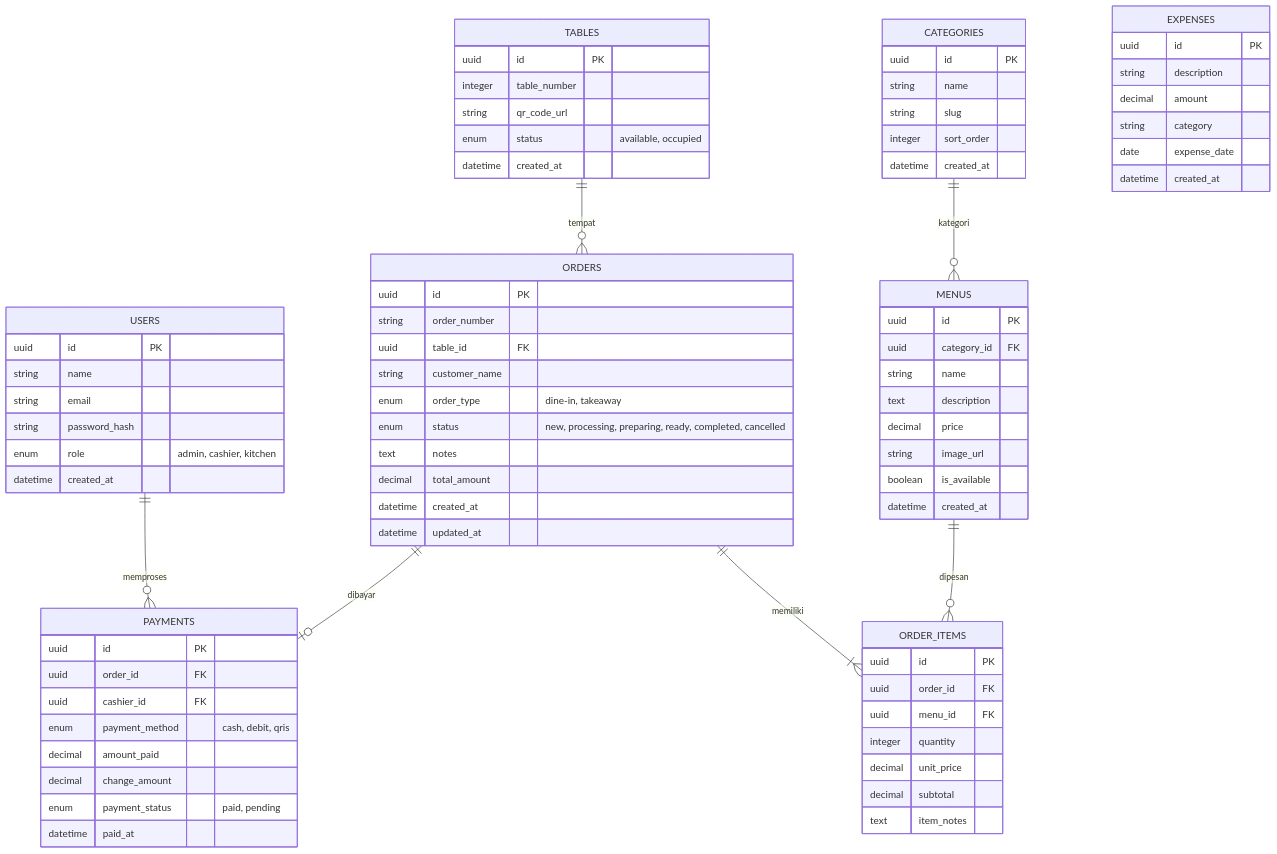
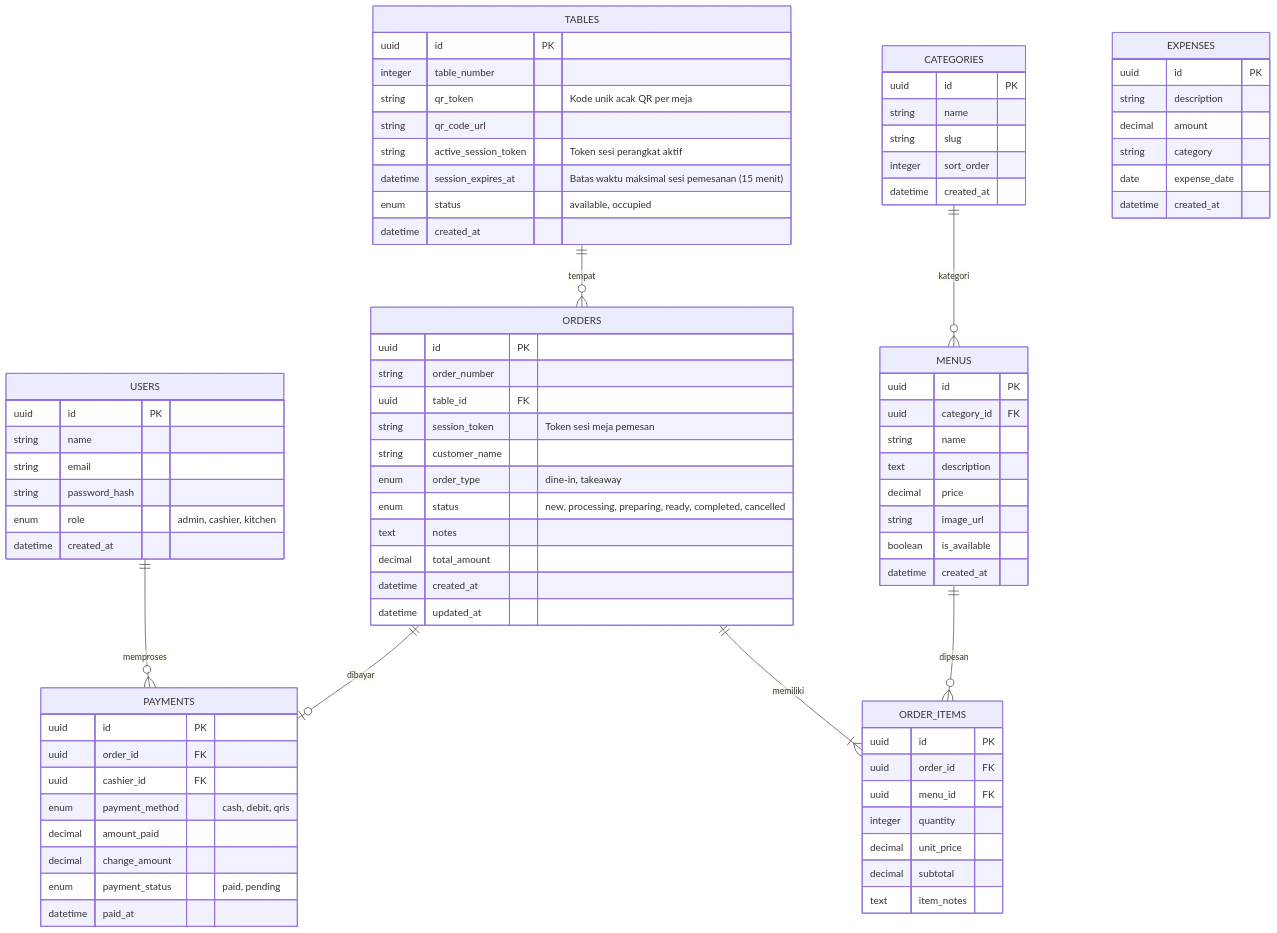
Before and after one commit to Arafle2828/ta-sistem-pesanan-saung-pete-cina: the diagram in docs/database-schema.md, drawn with Mermaid. The commit also changed other lines of this file and 9 other files, not shown here.

```diff
--- a/docs/database-schema.md
+++ b/docs/database-schema.md
@@ -28,7 +28,10 @@
     TABLES {
         uuid id PK
         integer table_number
+        string qr_token "Kode unik acak QR per meja"
         string qr_code_url
+        string active_session_token "Token sesi perangkat aktif"
+        datetime session_expires_at "Batas waktu maksimal sesi pemesanan (15 menit)"
         enum status "available, occupied"
         datetime created_at
     }
@@ -56,6 +59,7 @@
         uuid id PK
         string order_number
         uuid table_id FK
+        string session_token "Token sesi meja pemesan"
         string customer_name
         enum order_type "dine-in, takeaway"
         enum status "new, processing, preparing, ready, completed, cancelled"
```
